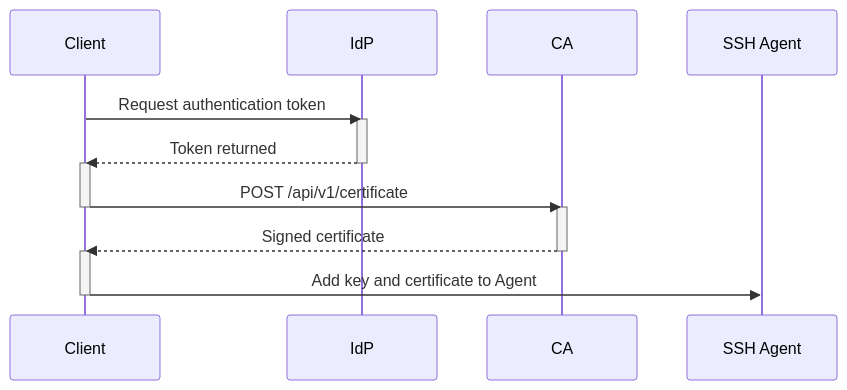
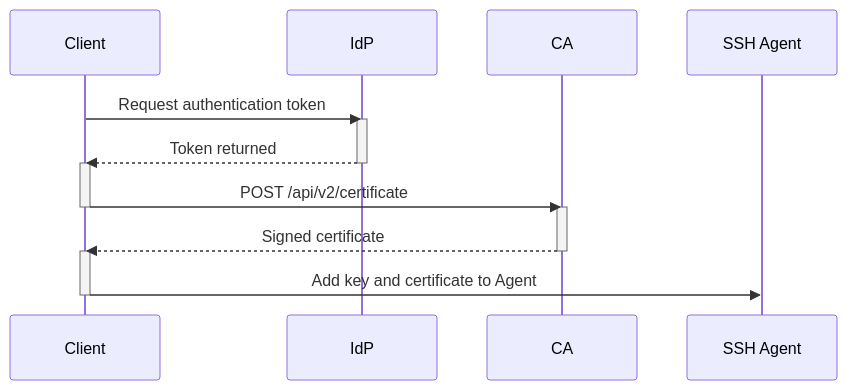
The second of 2 diagrams in README.md (andrewheberle/serverless-ssh-ca), drawn with Mermaid before and after one commit. The commit also changed other lines of this file, not shown here.

Commit message:
Update READM to match recent certificate endpoint changes (#93)

````diff
--- a/README.md
+++ b/README.md
@@ -67,16 +67,16 @@
 ```mermaid
 sequenceDiagram
     Client->>IdP: Request authentication token
     activate IdP
     IdP-->>Client: Token returned
     deactivate IdP
     activate Client
-    Client->>CA: POST /api/v1/certificate
+    Client->>CA: POST /api/v2/certificate
     deactivate Client
     activate CA
     CA-->>Client: Signed certificate
     deactivate CA
     activate Client
     Client->>SSH Agent: Add key and certificate to Agent
     deactivate Client
 ```
````
